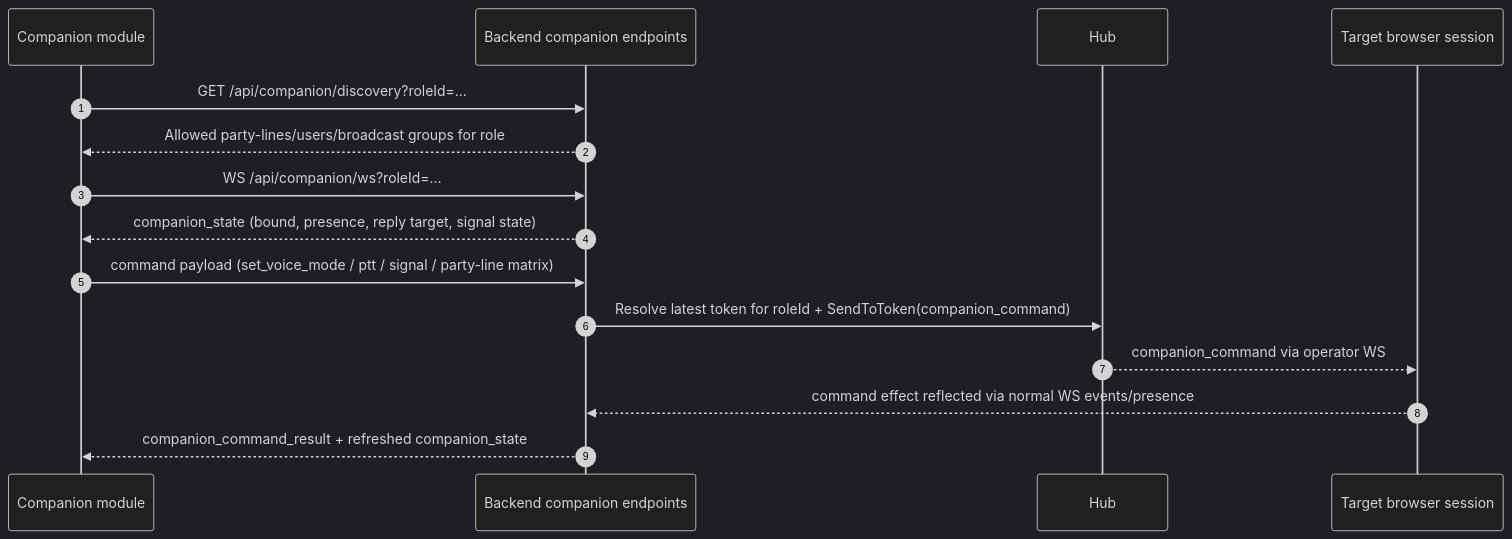
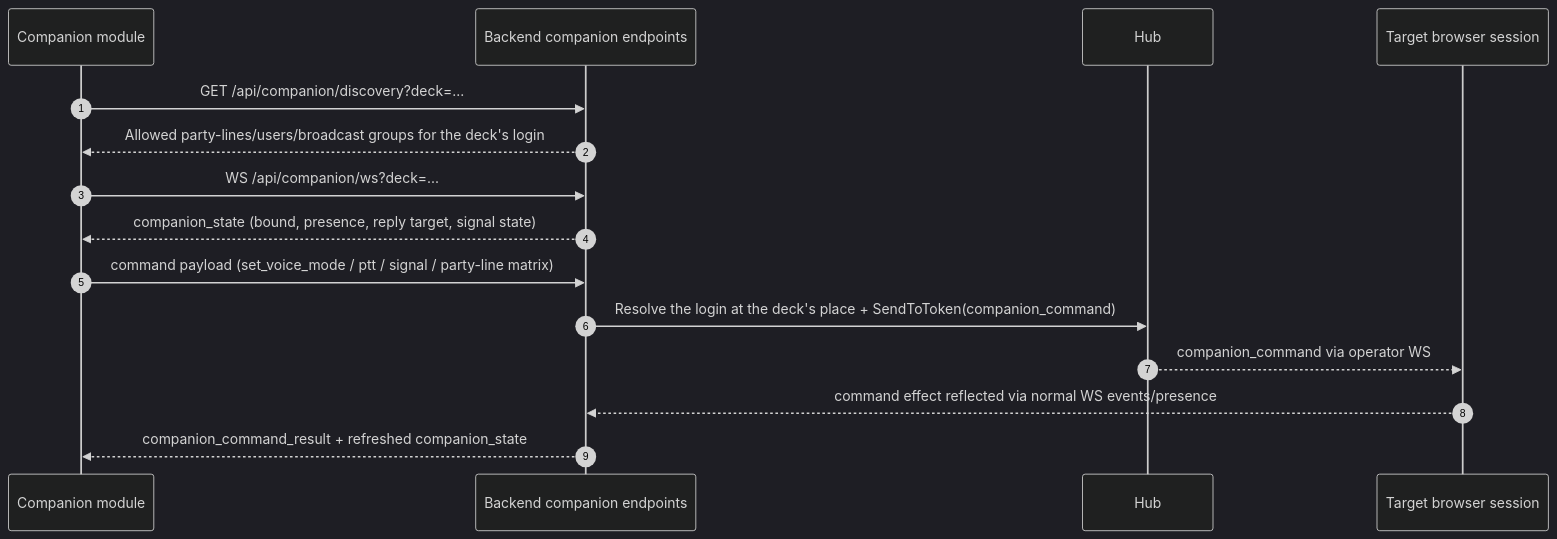
Before and after one commit to KesherCom/kesher: the third of 4 diagrams in docs/architecture-flow-diagram.md, drawn with Mermaid (dark theme). The commit also changed other lines of this file and 48 other files, not shown here.

````diff
--- a/docs/architecture-flow-diagram.md
+++ b/docs/architecture-flow-diagram.md
@@ -162,18 +147,18 @@
 ```mermaid
 sequenceDiagram
   autonumber
   participant MOD as Companion module
   participant API as Backend companion endpoints
   participant HUB as Hub
   participant FE as Target browser session
 
-  MOD->>API: GET /api/companion/discovery?roleId=...
-  API-->>MOD: Allowed party-lines/users/broadcast groups for role
-  MOD->>API: WS /api/companion/ws?roleId=...
+  MOD->>API: GET /api/companion/discovery?deck=...
+  API-->>MOD: Allowed party-lines/users/broadcast groups for the deck's login
+  MOD->>API: WS /api/companion/ws?deck=...
   API-->>MOD: companion_state (bound, presence, reply target, signal state)
   MOD->>API: command payload (set_voice_mode / ptt / signal / party-line matrix)
-  API->>HUB: Resolve latest token for roleId + SendToToken(companion_command)
+  API->>HUB: Resolve the login at the deck's place + SendToToken(companion_command)
   HUB-->>FE: companion_command via operator WS
   FE-->>API: command effect reflected via normal WS events/presence
   API-->>MOD: companion_command_result + refreshed companion_state
 ```
````
